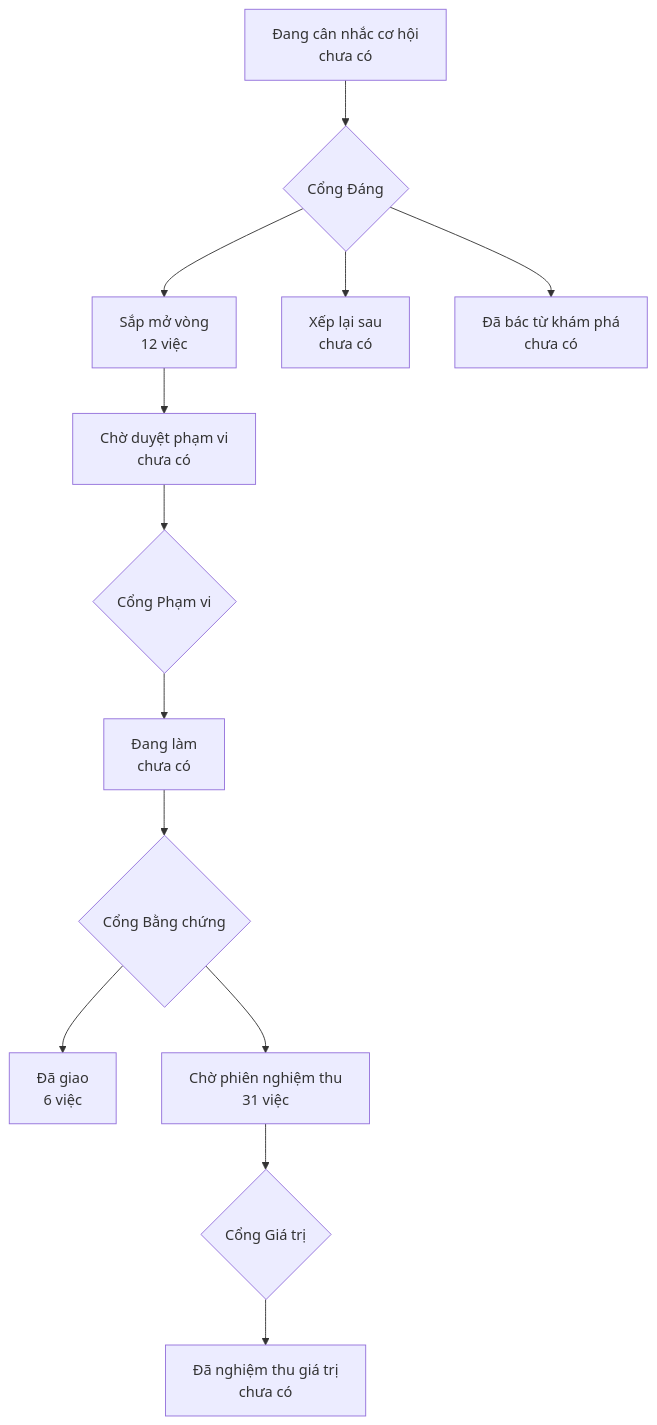
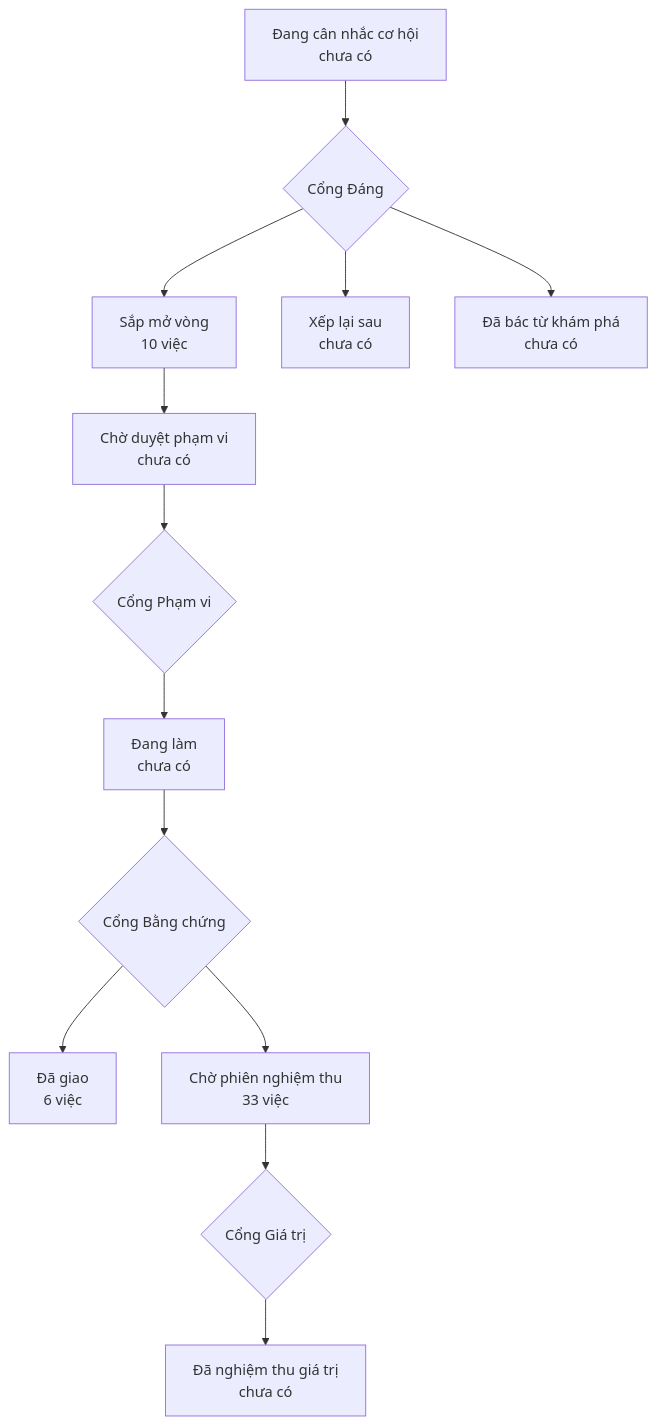
The diagram in PRODUCT-MAP.md (phanlemanh/onehub-quy-hang), drawn with Mermaid before and after one commit. The commit also changed other lines of this file and 1 other file, not shown here.

Commit message:
chore: vẽ lại bản đồ sau gộp nhánh chính

````diff
--- a/PRODUCT-MAP.md
+++ b/PRODUCT-MAP.md
@@ -7,12 +7,12 @@
 ```mermaid
 flowchart TD
   A["Đang cân nhắc cơ hội<br/>chưa có"] --> GD{"Cổng Đáng"}
-  GD --> B["Sắp mở vòng<br/>12 việc"]
+  GD --> B["Sắp mở vòng<br/>10 việc"]
   GD --> XL["Xếp lại sau<br/>chưa có"]
   GD --> DB["Đã bác từ khám phá<br/>chưa có"]
   B --> CD["Chờ duyệt phạm vi<br/>chưa có"] --> GP{"Cổng Phạm vi"}
   GP --> DL["Đang làm<br/>chưa có"] --> GB{"Cổng Bằng chứng"}
   GB --> DG["Đã giao<br/>6 việc"]
-  GB --> CN["Chờ phiên nghiệm thu<br/>31 việc"] --> GG{"Cổng Giá trị"}
+  GB --> CN["Chờ phiên nghiệm thu<br/>33 việc"] --> GG{"Cổng Giá trị"}
   GG --> NT["Đã nghiệm thu giá trị<br/>chưa có"]
 ```
````
